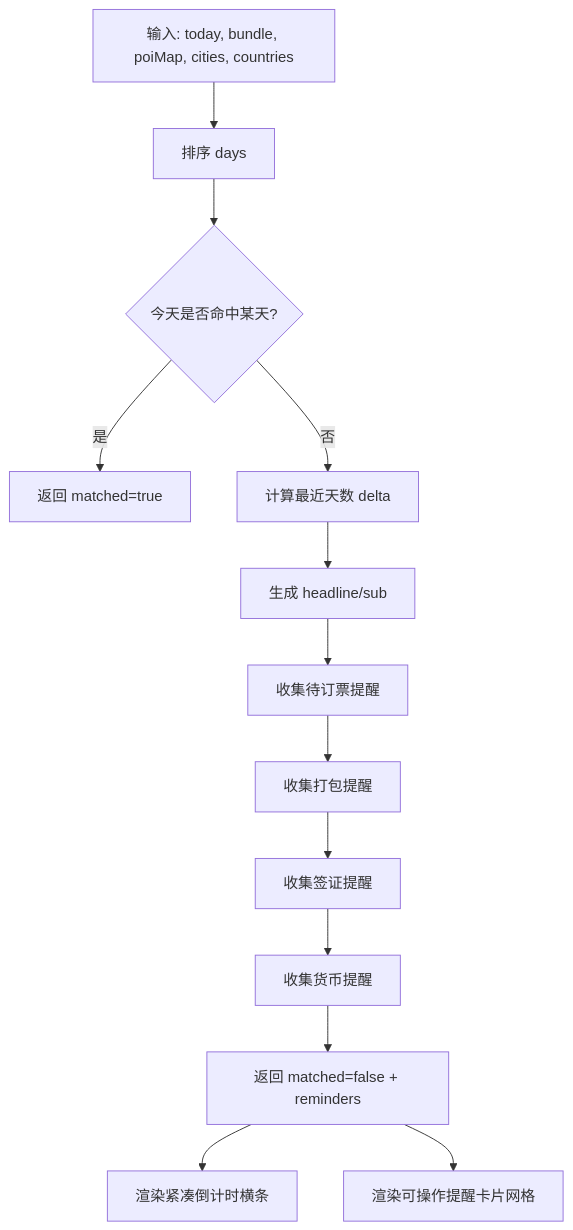
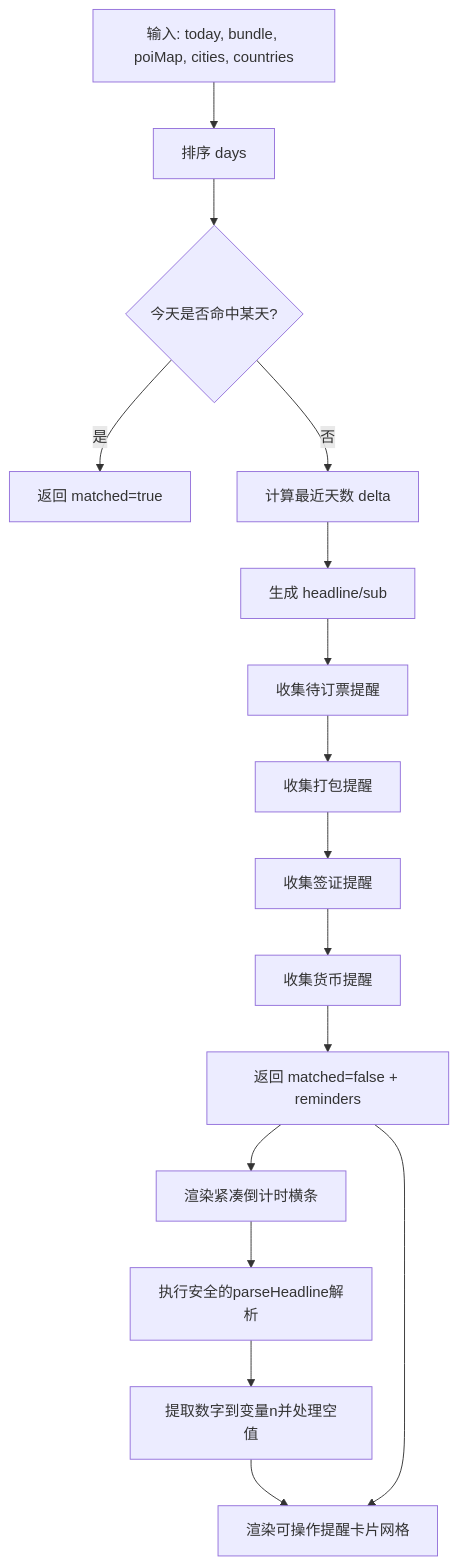
The sixth of 8 diagrams in .qoder/repowiki/zh/content/用户界面组件/移动端优化.md (huangyilu/wanwuyishi), drawn with Mermaid before and after one commit. The commit also changed other lines of this file and 108 other files, not shown here.

````diff
--- a/.qoder/repowiki/zh/content/用户界面组件/移动端优化.md
+++ b/.qoder/repowiki/zh/content/用户界面组件/移动端优化.md
@@ -299,15 +303,18 @@
 ```mermaid
 flowchart TD
 A["输入: today, bundle, poiMap, cities, countries"] --> B["排序 days"]
 B --> C{"今天是否命中某天?"}
 C --> |是| R1["返回 matched=true"]
 C --> |否| D["计算最近天数 delta"]
 D --> E["生成 headline/sub"]
 E --> F["收集待订票提醒"]
 F --> G["收集打包提醒"]
 G --> H["收集签证提醒"]
 H --> I["收集货币提醒"]
 I --> J["返回 matched=false + reminders"]
 J --> K["渲染紧凑倒计时横条"]
-J --> L["渲染可操作提醒卡片网格"]
+K --> L["执行安全的parseHeadline解析"]
+L --> M["提取数字到变量n并处理空值"]
+M --> N["渲染可操作提醒卡片网格"]
+J --> N
 ```
````
